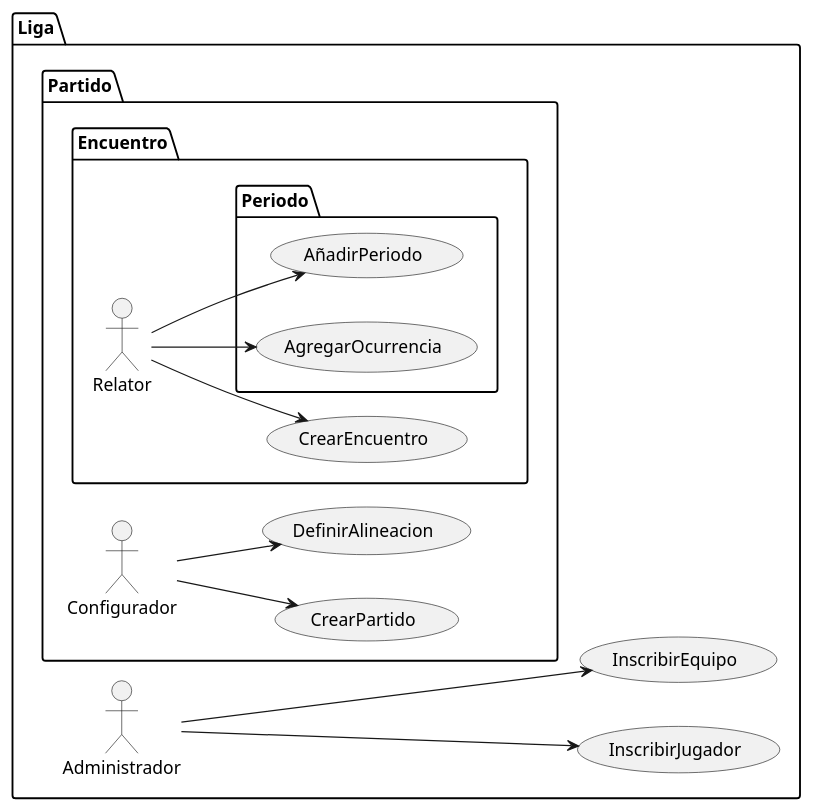
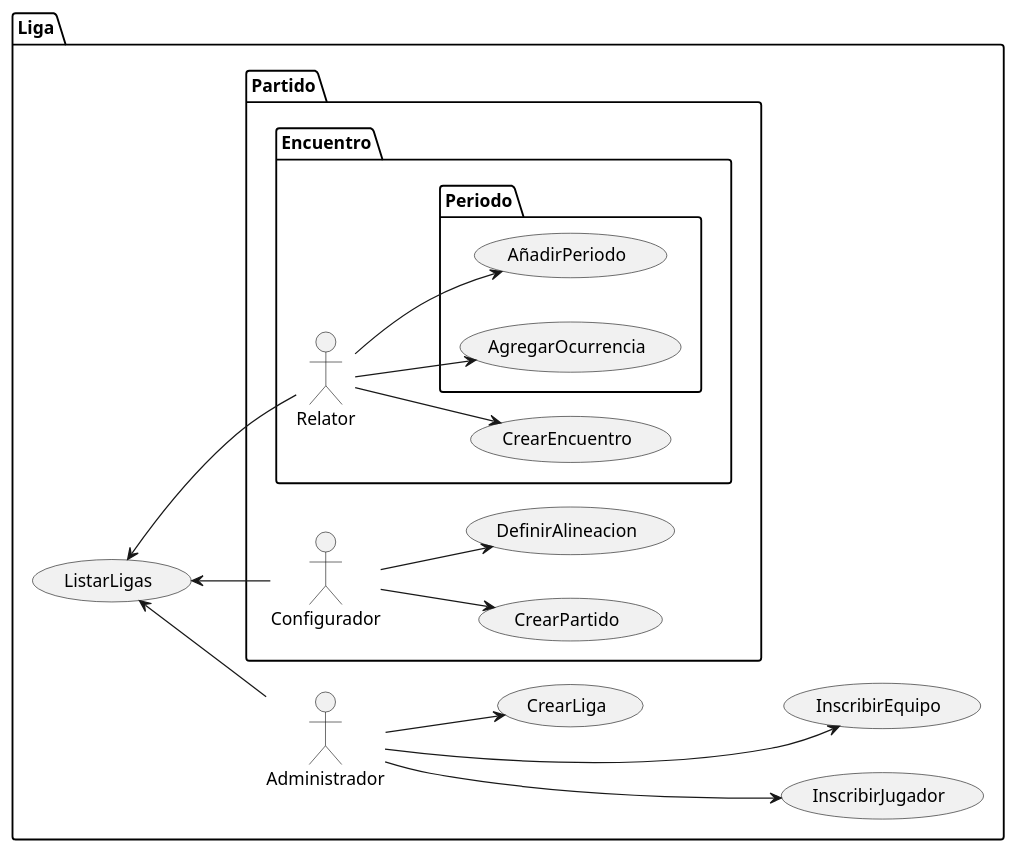
The diagram in actividades/002-appFutbol/ibuprofenoFernandez/casosDeUso.puml (ibuprofenofernandez/IdSw1-22-23), drawn with PlantUML before and after one commit. The commit also changed 1 other file, not shown here.

```diff
--- a/actividades/002-appFutbol/ibuprofenoFernandez/casosDeUso.puml
+++ b/actividades/002-appFutbol/ibuprofenoFernandez/casosDeUso.puml
@@ -1,46 +1,53 @@
 @startuml
 left to right direction
 
 package Liga {
-
-    actor Administrador    
-
-    usecase InscribirJugador
-    usecase InscribirEquipo
-
-    Administrador ---> InscribirEquipo
-    Administrador ---> InscribirJugador
 
     package Partido {
 
         actor Configurador
 
         usecase CrearPartido
         usecase DefinirAlineacion
 
         Configurador --> CrearPartido
         Configurador --> DefinirAlineacion
 
 
         package Encuentro {
 
             actor Relator
             usecase CrearEncuentro
 
             Relator --> CrearEncuentro
 
             package Periodo {
                 usecase AñadirPeriodo
                 useCase AgregarOcurrencia
 
                 Relator --> AñadirPeriodo
                 Relator --> AgregarOcurrencia
 
             }
+        }
+    }
 
-        }
+    actor Administrador    
 
-    }
+    usecase InscribirJugador
+    usecase InscribirEquipo
+
+    usecase ListarLigas
+    usecase CrearLiga
+
+    Administrador ---> InscribirEquipo
+    Administrador ---> InscribirJugador
+
+
+    Administrador --> CrearLiga
+    Administrador -u-> ListarLigas
+    Relator -u-> ListarLigas
+    Configurador -u-> ListarLigas
 }
 
 @enduml
```
